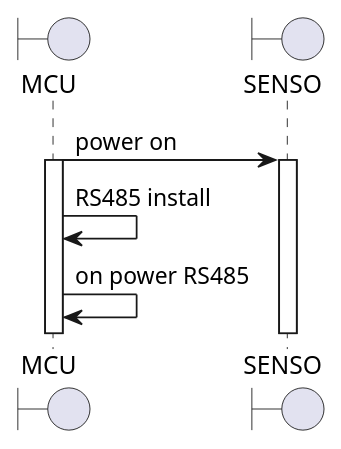
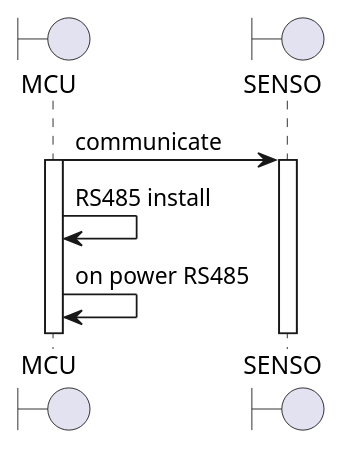
The diagram in doc/readSenso.plantuml (NguyenTuanPhong2002/PULSAR_SENSO_STM32), drawn with PlantUML before and after one commit.

Commit message:
fix the title of the diagram

```diff
--- a/doc/readSenso.plantuml
+++ b/doc/readSenso.plantuml
@@ -1,10 +1,10 @@
 @startuml
     boundary "MCU" as mcu
     boundary "SENSO" as senso
 
-    mcu -> senso: power on
+    mcu -> senso: communicate
     activate mcu
     activate senso
     mcu -> mcu: RS485 install
     mcu -> mcu: on power RS485
 @enduml
```
